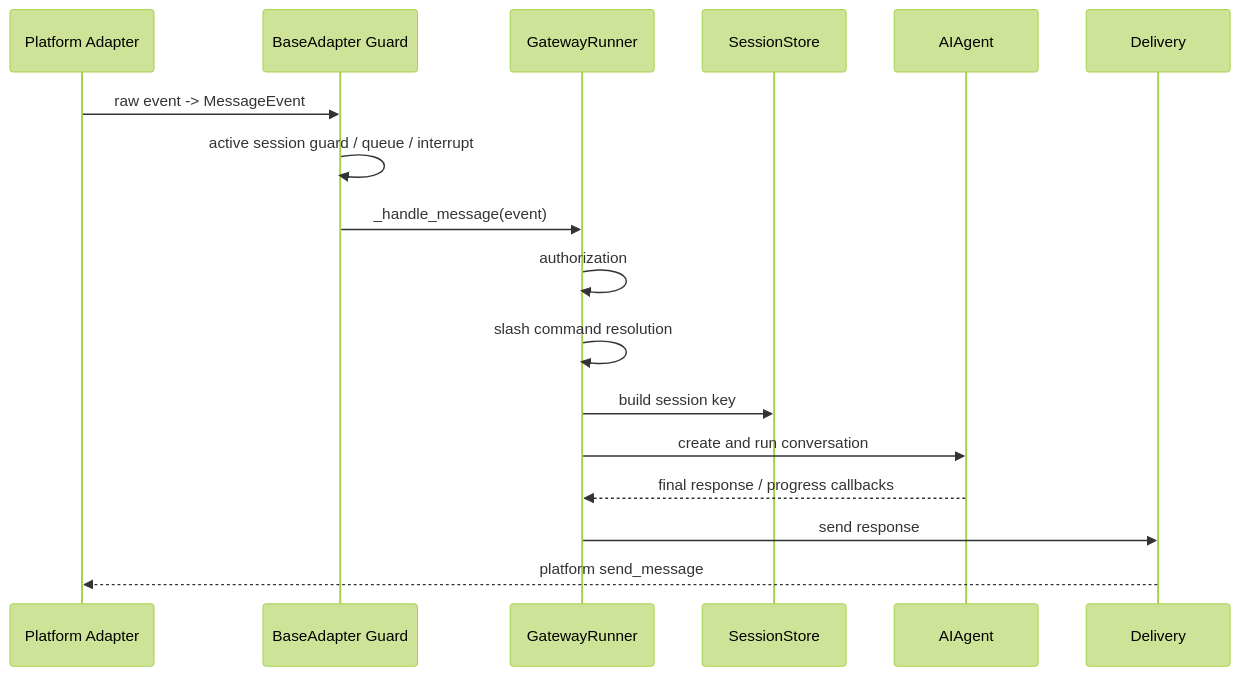
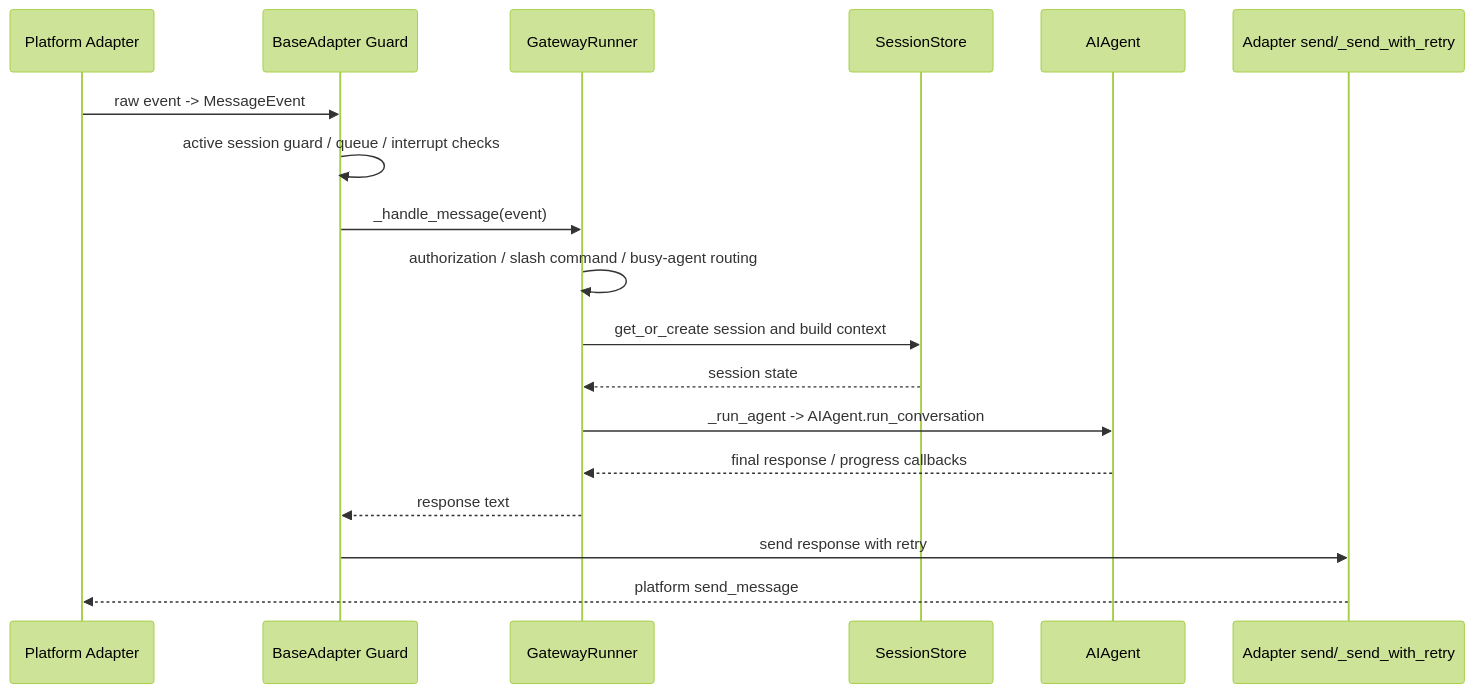
The diagram in docs/diagrams/05-gateway-message-flow.md (M1racleShih/hermes-relay), drawn with Mermaid (forest theme) before and after one commit. The commit also changed other lines of this file and 11 other files, not shown here.

````diff
--- a/docs/diagrams/05-gateway-message-flow.md
+++ b/docs/diagrams/05-gateway-message-flow.md
@@ -3,20 +3,21 @@
 ```mermaid
 sequenceDiagram
     participant Platform as Platform Adapter
     participant Base as BaseAdapter Guard
     participant Runner as GatewayRunner
     participant Session as SessionStore
     participant Agent as AIAgent
-    participant Delivery as Delivery
+    participant Send as Adapter send/_send_with_retry
 
     Platform->>Base: raw event -> MessageEvent
-    Base->>Base: active session guard / queue / interrupt
+    Base->>Base: active session guard / queue / interrupt checks
     Base->>Runner: _handle_message(event)
-    Runner->>Runner: authorization
-    Runner->>Runner: slash command resolution
-    Runner->>Session: build session key
-    Runner->>Agent: create and run conversation
+    Runner->>Runner: authorization / slash command / busy-agent routing
+    Runner->>Session: get_or_create session and build context
+    Session-->>Runner: session state
+    Runner->>Agent: _run_agent -> AIAgent.run_conversation
     Agent-->>Runner: final response / progress callbacks
-    Runner->>Delivery: send response
-    Delivery-->>Platform: platform send_message
+    Runner-->>Base: response text
+    Base->>Send: send response with retry
+    Send-->>Platform: platform send_message
 ```
````
